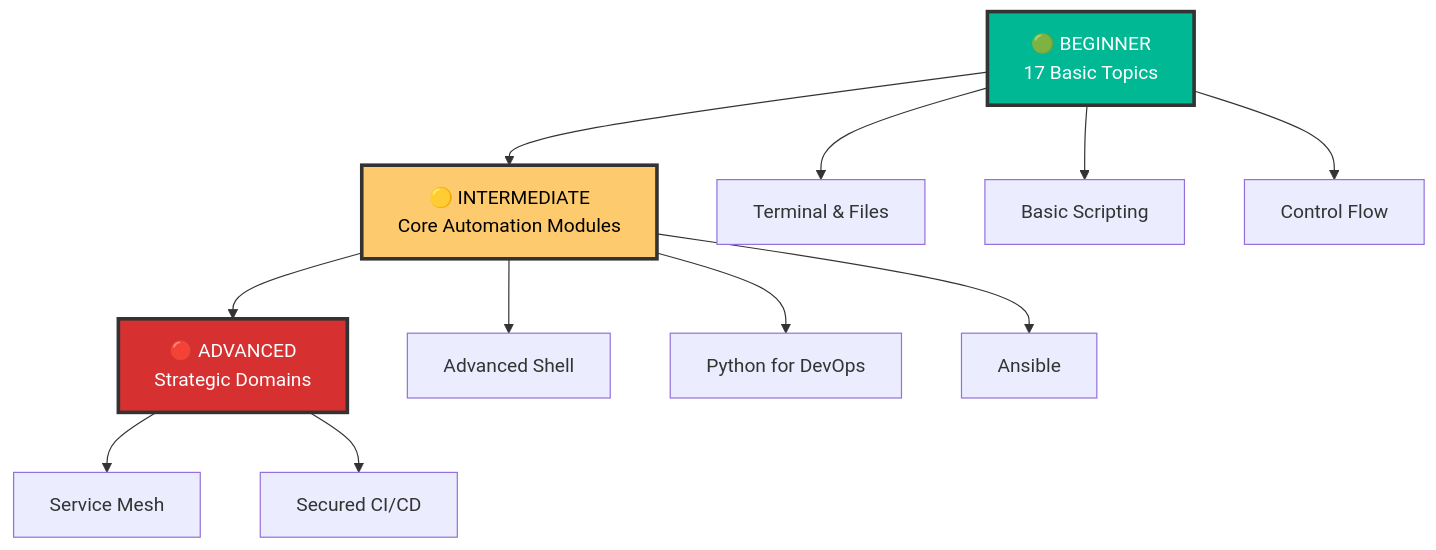
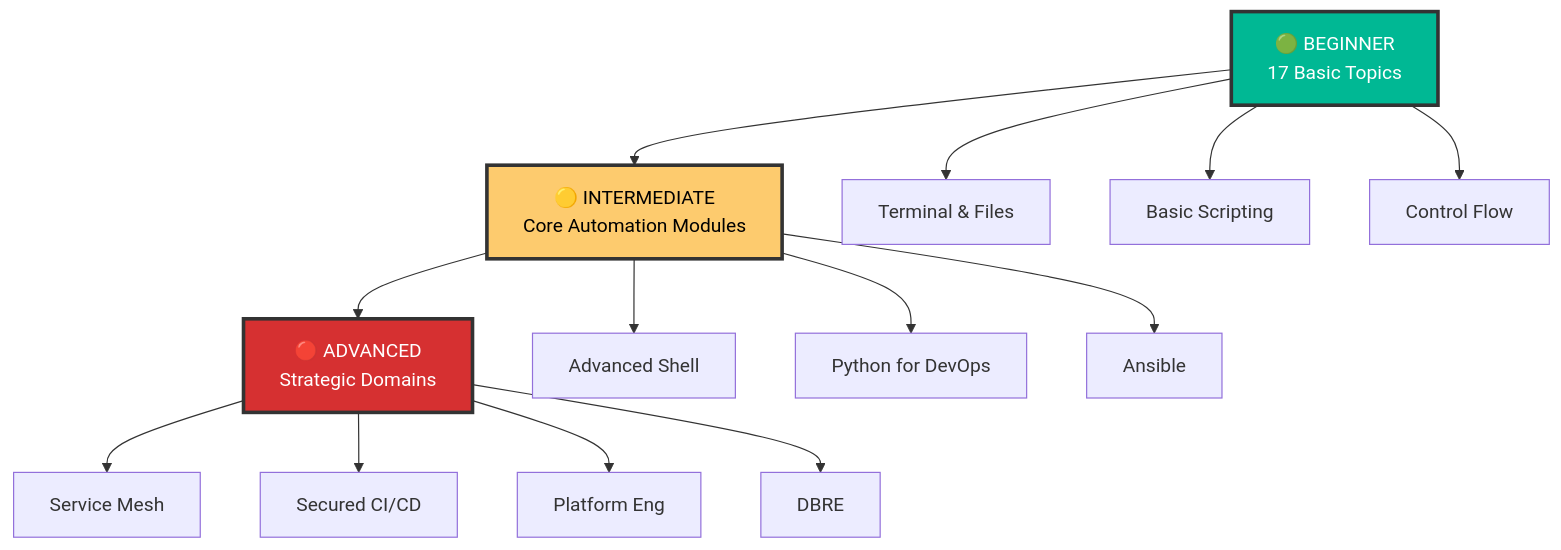
Before and after one commit to Ganil151/Devops: the diagram in 1-Beginner/02-Phase-2/01-Automation/README.md, drawn with Mermaid. The commit also changed other lines of this file and 190 other files, not shown here.

````diff
--- a/1-Beginner/02-Phase-2/01-Automation/README.md
+++ b/1-Beginner/02-Phase-2/01-Automation/README.md
@@ -26,20 +26,22 @@
 ```mermaid
 graph TD
     A[🟢 BEGINNER<br/>17 Basic Topics] --> B[🟡 INTERMEDIATE<br/>Core Automation Modules]
     B --> C[🔴 ADVANCED<br/>Strategic Domains]
     
     A --> A1[Terminal & Files]
     A --> A2[Basic Scripting]
     A --> A3[Control Flow]
     
     B --> B1[Advanced Shell]
     B --> B2[Python for DevOps]
     B --> B3[Ansible]
     
     C --> C3[Service Mesh]
     C --> C4[Secured CI/CD]
+    C --> C5[Platform Eng]
+    C --> C6[DBRE]
     
     style A fill:#00b894,stroke:#333,stroke-width:3px,color:#fff
     style B fill:#fdcb6e,stroke:#333,stroke-width:3px,color:#000
     style C fill:#d63031,stroke:#333,stroke-width:3px,color:#fff
 ```
````
